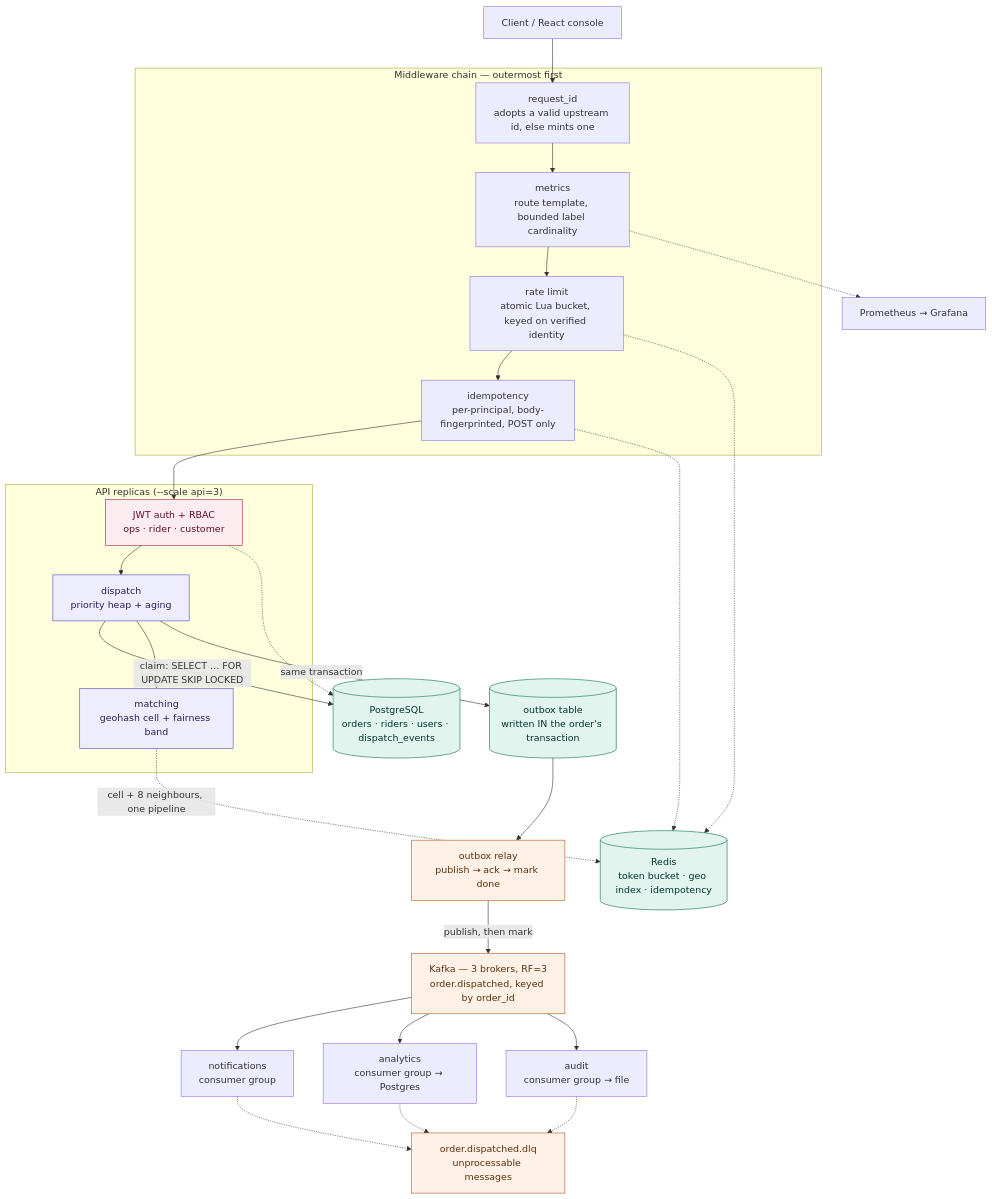
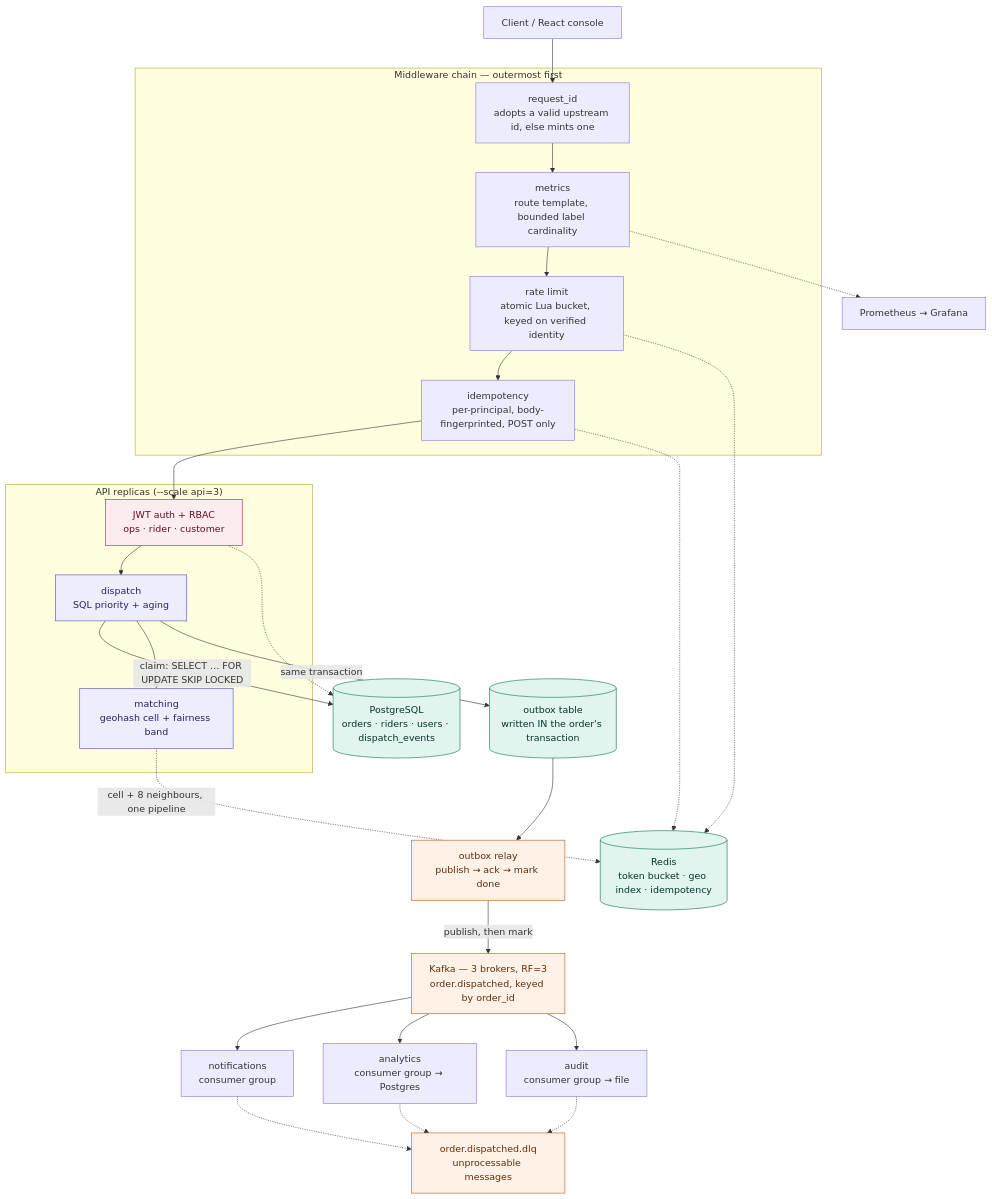
Before and after one commit to Shoryagg7/deliveriq: the diagram in README.md, drawn with Mermaid. The commit also changed other lines of this file and 9 other files, not shown here.

````diff
--- a/README.md
+++ b/README.md
@@ -22,58 +22,58 @@
 ```mermaid
 flowchart TD
     Client["Client / React console"]
 
     subgraph MW["Middleware chain — outermost first"]
         ReqID["request_id<br/>adopts a valid upstream id, else mints one"]
         Met["metrics<br/>route template, bounded label cardinality"]
         RL["rate limit<br/>atomic Lua bucket, keyed on verified identity"]
         Idem["idempotency<br/>per-principal, body-fingerprinted, POST only"]
     end
 
     subgraph REPLICAS["API replicas (--scale api=3)"]
         Auth["JWT auth + RBAC<br/>ops · rider · customer"]
-        Dispatch["dispatch<br/>priority heap + aging"]
+        Dispatch["dispatch<br/>SQL priority + aging"]
         Match["matching<br/>geohash cell + fairness band"]
     end
 
     Postgres[("PostgreSQL<br/>orders · riders · users · dispatch_events")]
     Redis[("Redis<br/>token bucket · geo index · idempotency")]
     Outbox[("outbox table<br/>written IN the order's transaction")]
     Relay["outbox relay<br/>publish → ack → mark done"]
     Kafka["Kafka — 3 brokers, RF=3<br/>order.dispatched, keyed by order_id"]
     DLQ["order.dispatched.dlq<br/>unprocessable messages"]
     Obs["Prometheus → Grafana"]
 
     Notif["notifications<br/>consumer group"]
     Analytics["analytics<br/>consumer group → Postgres"]
     Audit["audit<br/>consumer group → file"]
 
     Client --> ReqID --> Met --> RL --> Idem --> Auth
     Auth --> Dispatch
     Dispatch -->|"claim: SELECT … FOR UPDATE SKIP LOCKED"| Postgres
     Dispatch --> Match
     Match -.->|"cell + 8 neighbours, one pipeline"| Redis
     Dispatch -->|"same transaction"| Outbox
     Outbox --> Relay
     Relay -->|"publish, then mark"| Kafka
     RL -.-> Redis
     Idem -.-> Redis
     Auth -.-> Postgres
     Met -.-> Obs
     Kafka --> Notif
     Kafka --> Analytics
     Kafka --> Audit
     Notif -.-> DLQ
     Analytics -.-> DLQ
     Audit -.-> DLQ
 
     classDef algo fill:#EEEDFE,stroke:#534AB7,color:#26215C;
     classDef store fill:#E1F5EE,stroke:#0F6E56,color:#04342C;
     classDef bus fill:#FFF1E6,stroke:#B25A1E,color:#5C2F0C;
     classDef sec fill:#FDECEF,stroke:#A61E4D,color:#5C0F26;
     class Dispatch,Match algo;
     class Redis,Postgres store;
     class Kafka,DLQ,Relay bus;
     class Outbox store;
     class Auth sec;
 ```
````
